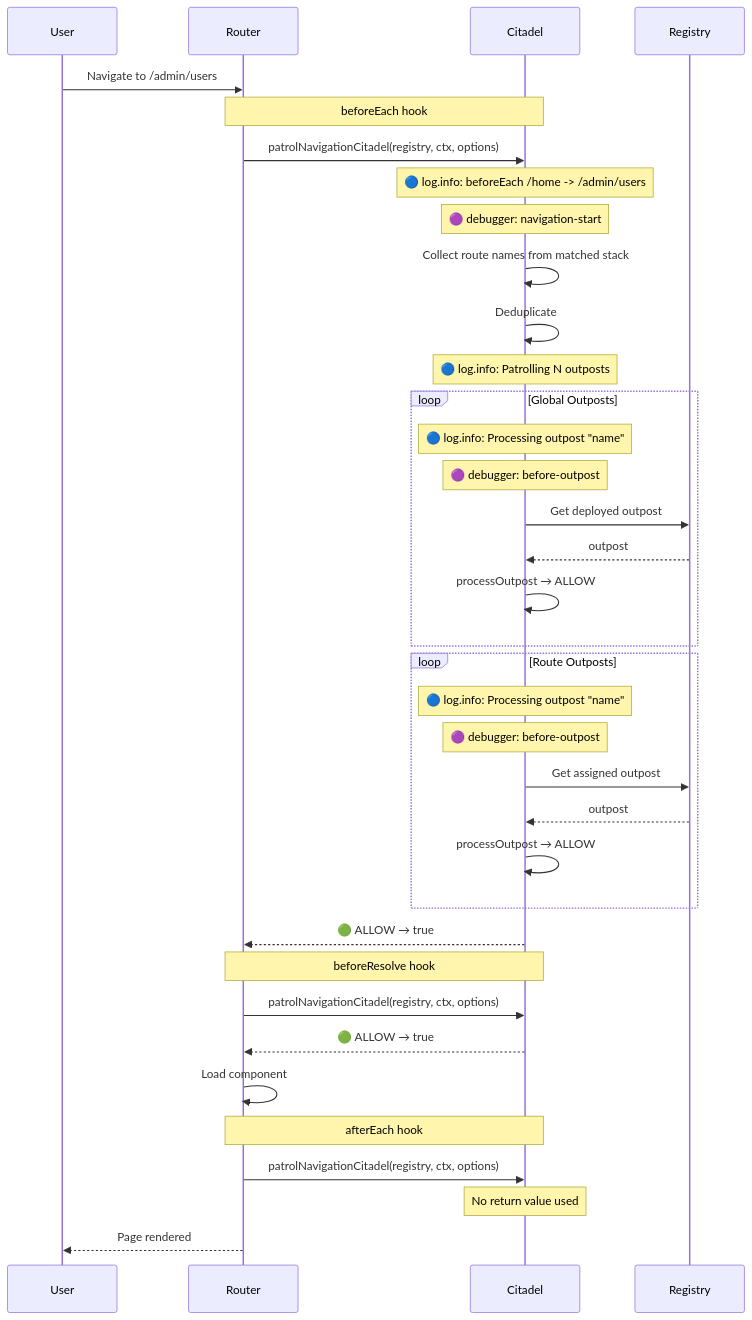
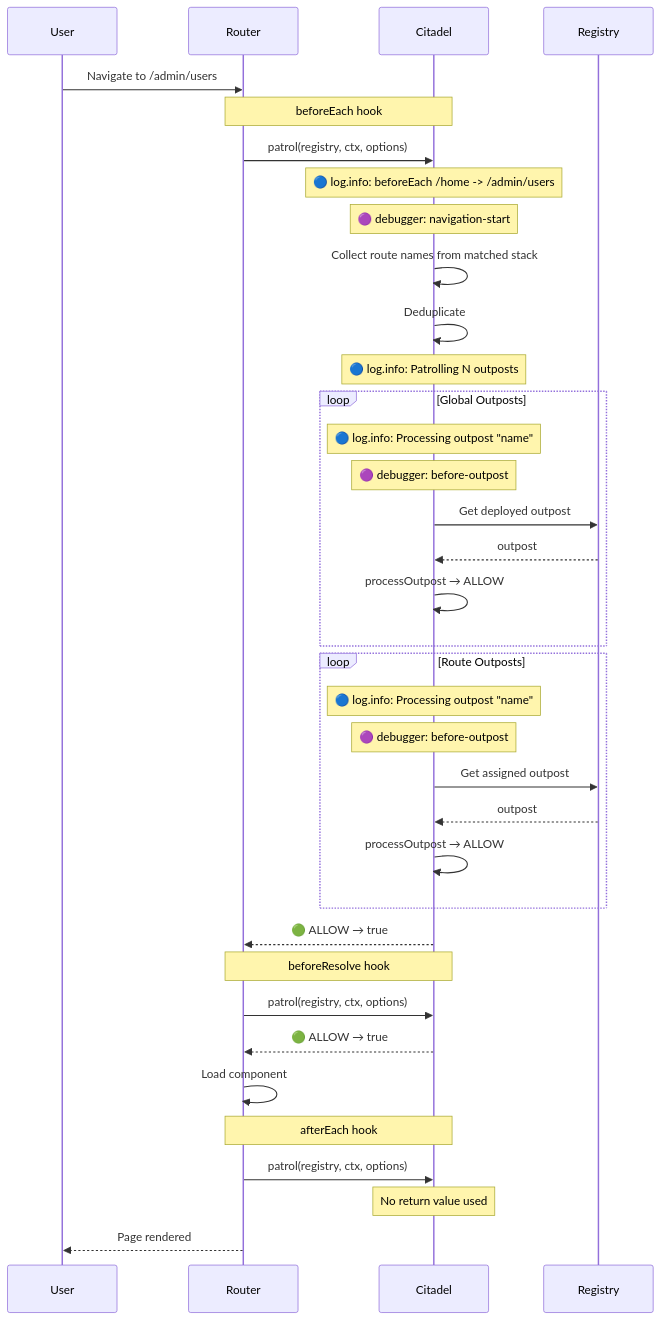
One commit to Kassaila/vue-router-citadel changed the fifth of 8 diagrams in docs/internals.md. Above: the diagram before and after it, drawn with Mermaid. The commit also changed other lines of this file and 7 other files, not shown here.

````diff
--- a/docs/internals.md
+++ b/docs/internals.md
@@ -250,50 +250,50 @@
 ```mermaid
 sequenceDiagram
     participant U as User
     participant R as Router
     participant C as Citadel
     participant Reg as Registry
 
     U->>R: Navigate to /admin/users
 
     Note over R,C: beforeEach hook
-    R->>C: patrolNavigationCitadel(registry, ctx, options)
+    R->>C: patrol(registry, ctx, options)
 
     Note over C: 🔵 log.info: beforeEach /home -> /admin/users
     Note over C: 🟣 debugger: navigation-start
 
     C->>C: Collect route names from matched stack
     C->>C: Deduplicate
 
     Note over C: 🔵 log.info: Patrolling N outposts
 
     loop Global Outposts
         Note over C: 🔵 log.info: Processing outpost "name"
         Note over C: 🟣 debugger: before-outpost
         C->>Reg: Get deployed outpost
         Reg-->>C: outpost
         C->>C: processOutpost → ALLOW
     end
 
     loop Route Outposts
         Note over C: 🔵 log.info: Processing outpost "name"
         Note over C: 🟣 debugger: before-outpost
         C->>Reg: Get assigned outpost
         Reg-->>C: outpost
         C->>C: processOutpost → ALLOW
     end
 
     C-->>R: 🟢 ALLOW → true
 
     Note over R,C: beforeResolve hook
-    R->>C: patrolNavigationCitadel(registry, ctx, options)
+    R->>C: patrol(registry, ctx, options)
     C-->>R: 🟢 ALLOW → true
 
     R->>R: Load component
 
     Note over R,C: afterEach hook
-    R->>C: patrolNavigationCitadel(registry, ctx, options)
+    R->>C: patrol(registry, ctx, options)
     Note over C: No return value used
 
     R-->>U: Page rendered
 ```
````
